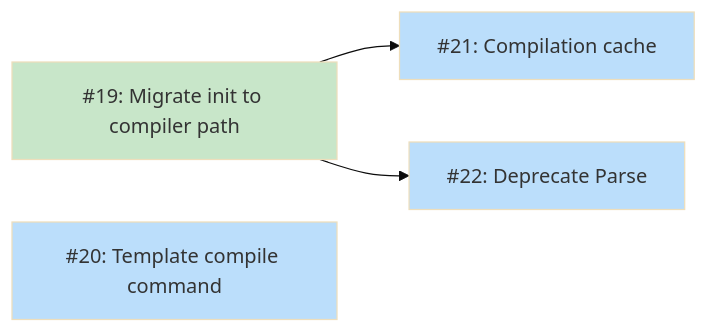
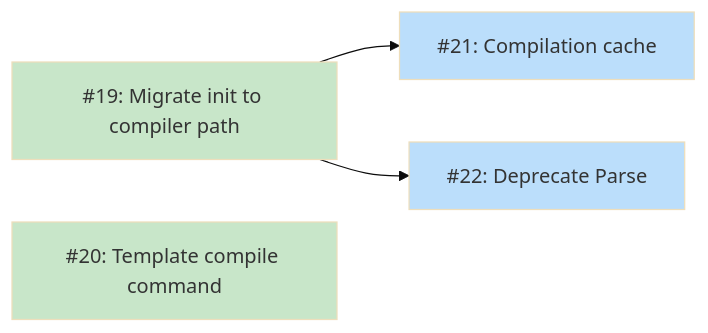
Before and after one commit to tsukumogami/koto: the diagram in docs/designs/DESIGN-koto-cli-tooling.md, drawn with Mermaid (base theme). The commit also changed other lines of this file, not shown here.

Commit message:
docs(koto-cli-tooling): mark #20 as done

````diff
--- a/docs/designs/DESIGN-koto-cli-tooling.md
+++ b/docs/designs/DESIGN-koto-cli-tooling.md
@@ -48,19 +48,19 @@
 ```mermaid
 graph LR
     I19["#19: Migrate init to compiler path"]
     I20["#20: Template compile command"]
     I21["#21: Compilation cache"]
     I22["#22: Deprecate Parse"]
 
     I19 --> I21
     I19 --> I22
 
     classDef done fill:#c8e6c9
     classDef ready fill:#bbdefb
     classDef blocked fill:#fff9c4
     classDef needsDesign fill:#e1bee7
     classDef tracksDesign fill:#FFE0B2,stroke:#F57C00,color:#000
 
-    class I19 done
-    class I20,I21,I22 ready
+    class I19,I20 done
+    class I21,I22 ready
 ```
````
